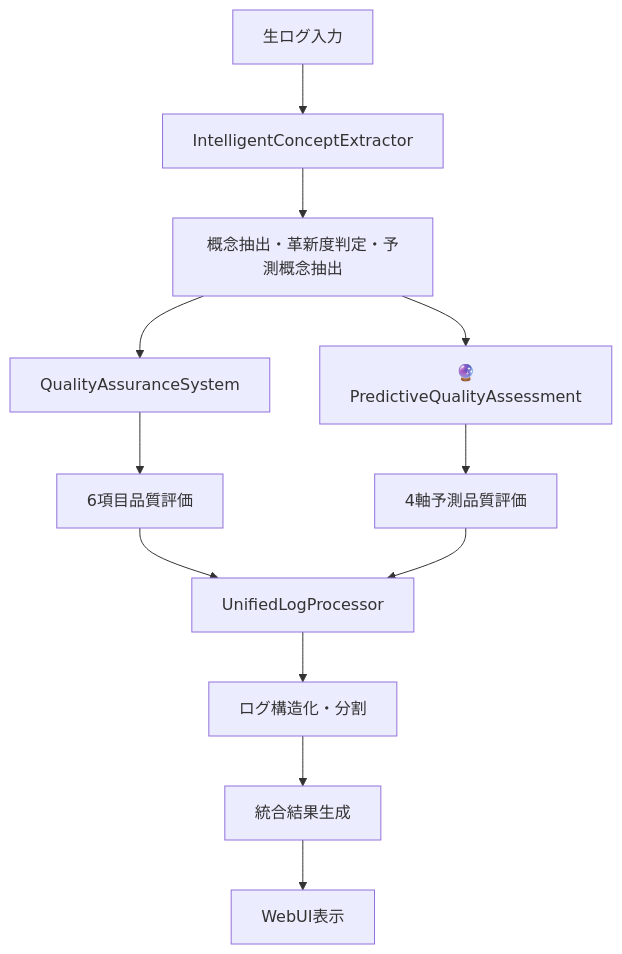
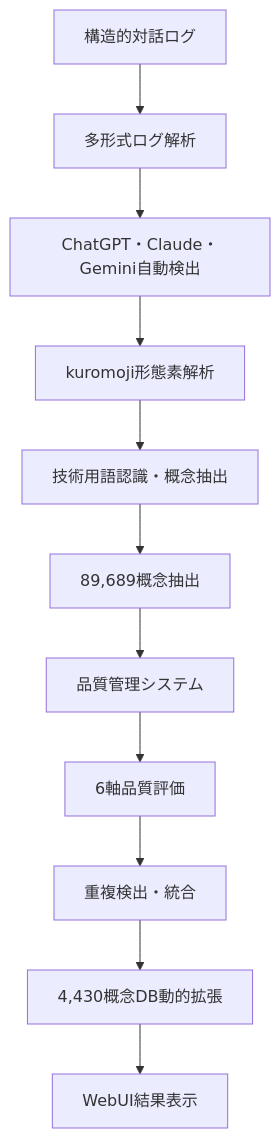
Before and after one commit to dvcampanula/structured-dialogue-tools: the first of 3 diagrams in docs/SYSTEM_OVERVIEW.md, drawn with Mermaid. The commit also changed other lines of this file and 23 other files, not shown here.

````diff
--- a/docs/SYSTEM_OVERVIEW.md
+++ b/docs/SYSTEM_OVERVIEW.md
@@ -76,14 +78,13 @@
 ```mermaid
 graph TD
-    A[生ログ入力] --> B[IntelligentConceptExtractor]
-    B --> C[概念抽出・革新度判定・予測概念抽出]
-    C --> D[QualityAssuranceSystem]
-    D --> E[6項目品質評価]
-    C --> F[🔮PredictiveQualityAssessment]
-    F --> G[4軸予測品質評価]
-    E --> H[UnifiedLogProcessor]
-    G --> H
-    H --> I[ログ構造化・分割]
-    I --> J[統合結果生成]
-    J --> K[WebUI表示]
+    A[構造的対話ログ] --> B[多形式ログ解析]
+    B --> C[ChatGPT・Claude・Gemini自動検出]
+    C --> D[kuromoji形態素解析]
+    D --> E[技術用語認識・概念抽出]
+    E --> F[89,689概念抽出]
+    F --> G[品質管理システム]
+    G --> H[6軸品質評価]
+    H --> I[重複検出・統合]
+    I --> J[4,430概念DB動的拡張]
+    J --> K[WebUI結果表示]
 ```
````
